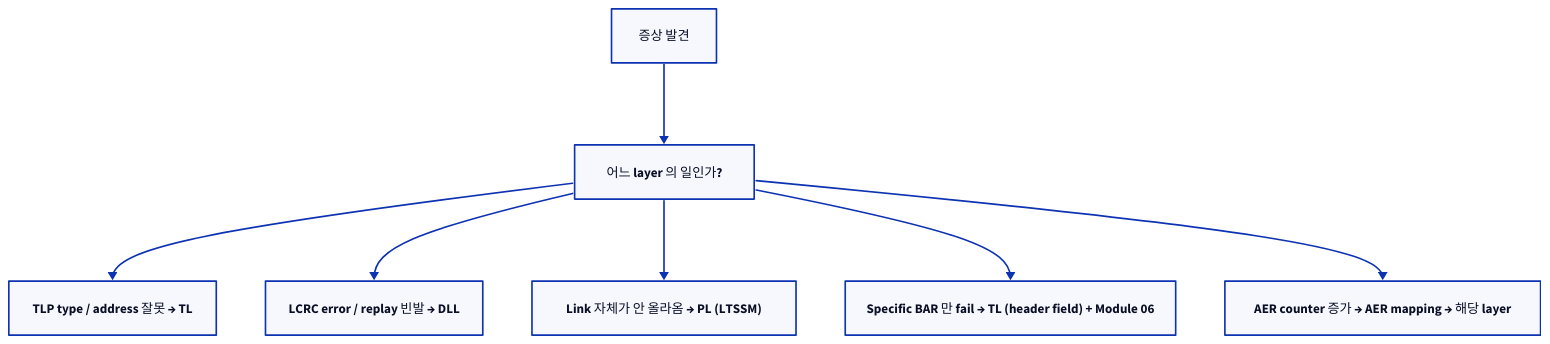
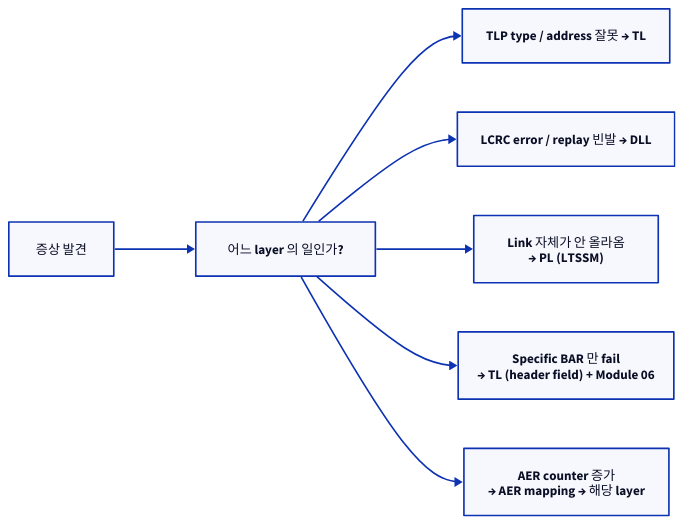
One commit to humbleowl39/DV_SKOOL changed the third of 9 diagrams in topics/pcie/docs/02_layer_architecture.md. Above: the diagram before and after it, drawn with D2. The commit also changed other lines of this file and 90 other files, not shown here.

First line of the commit message:
docs: 전 토픽 다이어그램 정비 — ASCII→D2, mermaid→D2, 과대 D2 가시성 수정

````diff
--- a/topics/pcie/docs/02_layer_architecture.md
+++ b/topics/pcie/docs/02_layer_architecture.md
@@ -227,17 +233,19 @@
 ```d2
-direction: down
+direction: right
 
 S: "증상 발견"
 Q: "어느 layer 의 일인가?"
+
 TL1: "TLP type / address 잘못 → TL"
 DLL1: "LCRC error / replay 빈발 → DLL"
-PL1: "Link 자체가 안 올라옴 → PL (LTSSM)"
-BAR1: "Specific BAR 만 fail → TL (header field) + Module 06"
-AER1: "AER counter 증가 → AER mapping → 해당 layer"
+PL1: "Link 자체가 안 올라옴\n→ PL (LTSSM)"
+BAR1: "Specific BAR 만 fail\n→ TL (header field) + Module 06"
+AER1: "AER counter 증가\n→ AER mapping → 해당 layer"
+
 S -> Q
 Q -> TL1
 Q -> DLL1
 Q -> PL1
 Q -> BAR1
 Q -> AER1
 ```
````
